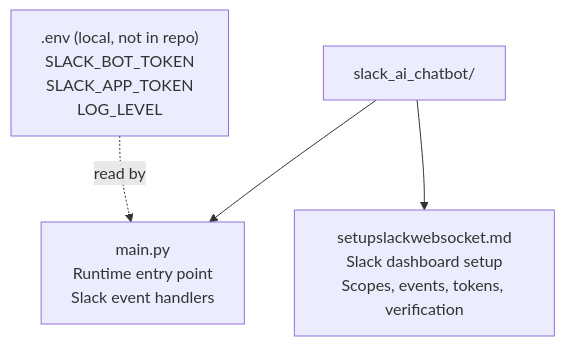
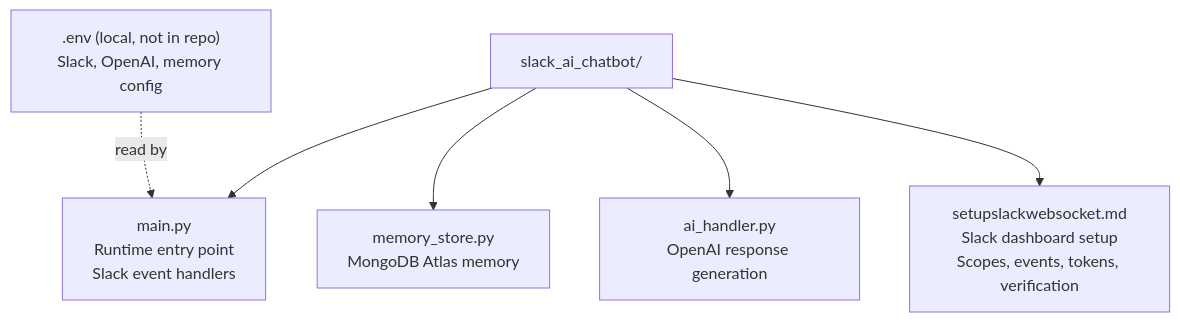
The first of 4 diagrams in ARCHITECTURE.md (aymalkhalid/Slack-AI-WebSocket), drawn with Mermaid before and after one commit. The commit also changed other lines of this file and 34 other files, not shown here.

First line of the commit message:
Add OpenAI replies, MongoDB memory, and threaded channel responses.

````diff
--- a/ARCHITECTURE.md
+++ b/ARCHITECTURE.md
@@ -9,11 +9,15 @@
 ```mermaid
 flowchart TD
     repo["slack_ai_chatbot/"]
     main["main.py<br/>Runtime entry point<br/>Slack event handlers"]
+    memory["memory_store.py<br/>MongoDB Atlas memory"]
+    ai["ai_handler.py<br/>OpenAI response generation"]
     setup["setupslackwebsocket.md<br/>Slack dashboard setup<br/>Scopes, events, tokens, verification"]
-    env[".env (local, not in repo)<br/>SLACK_BOT_TOKEN<br/>SLACK_APP_TOKEN<br/>LOG_LEVEL"]
+    env[".env (local, not in repo)<br/>Slack, OpenAI, memory config"]
 
     repo --> main
+    repo --> memory
+    repo --> ai
     repo --> setup
     env -. read by .-> main
 ```
````
